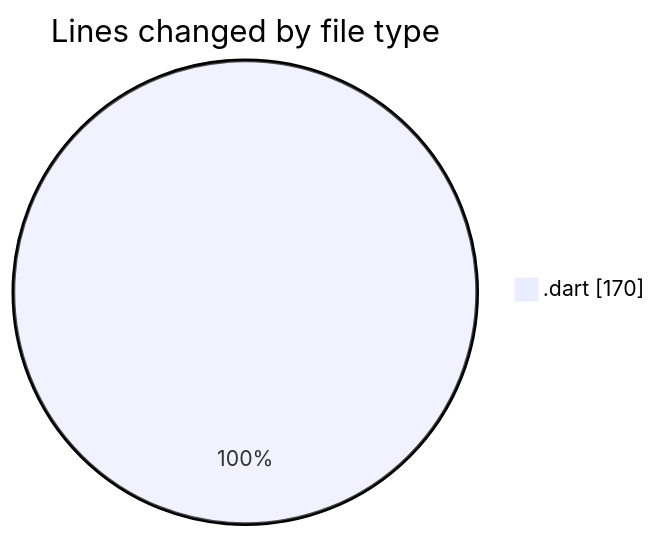
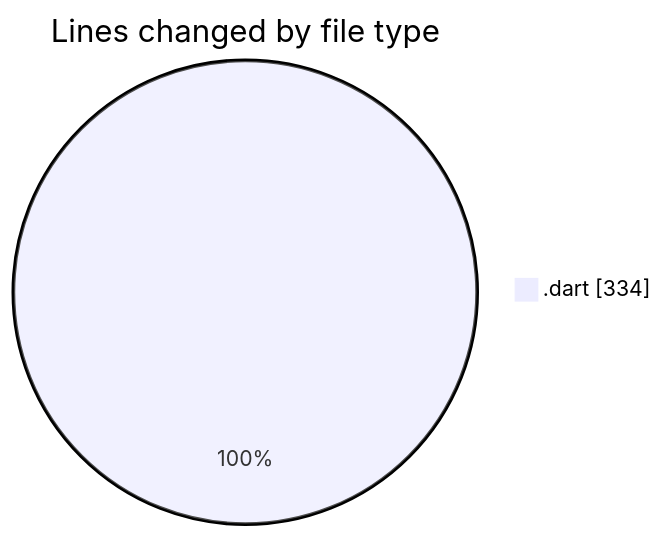
One commit to donsfak/code-tracking changed the first of 2 diagrams in 2025-02-25/trackers_app/README.md. Above: the diagram before and after it, drawn with Mermaid. The commit also changed other lines of this file and 1 other file, not shown here.

````diff
--- a/2025-02-25/trackers_app/README.md
+++ b/2025-02-25/trackers_app/README.md
@@ -20,5 +22,5 @@
 ```mermaid
 pie showData
 title Lines changed by file type
-".dart" : 170
+".dart" : 334
 ```
````
